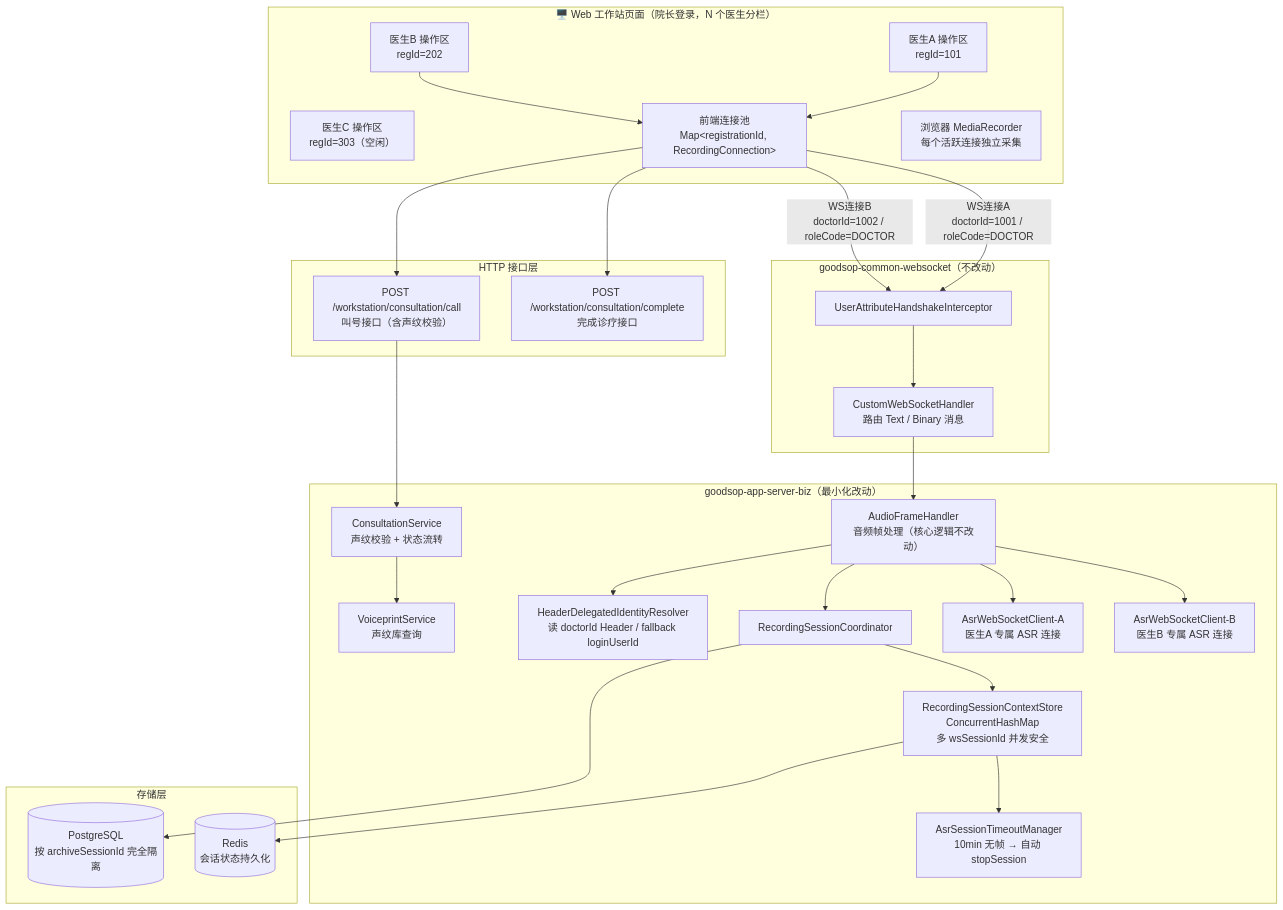
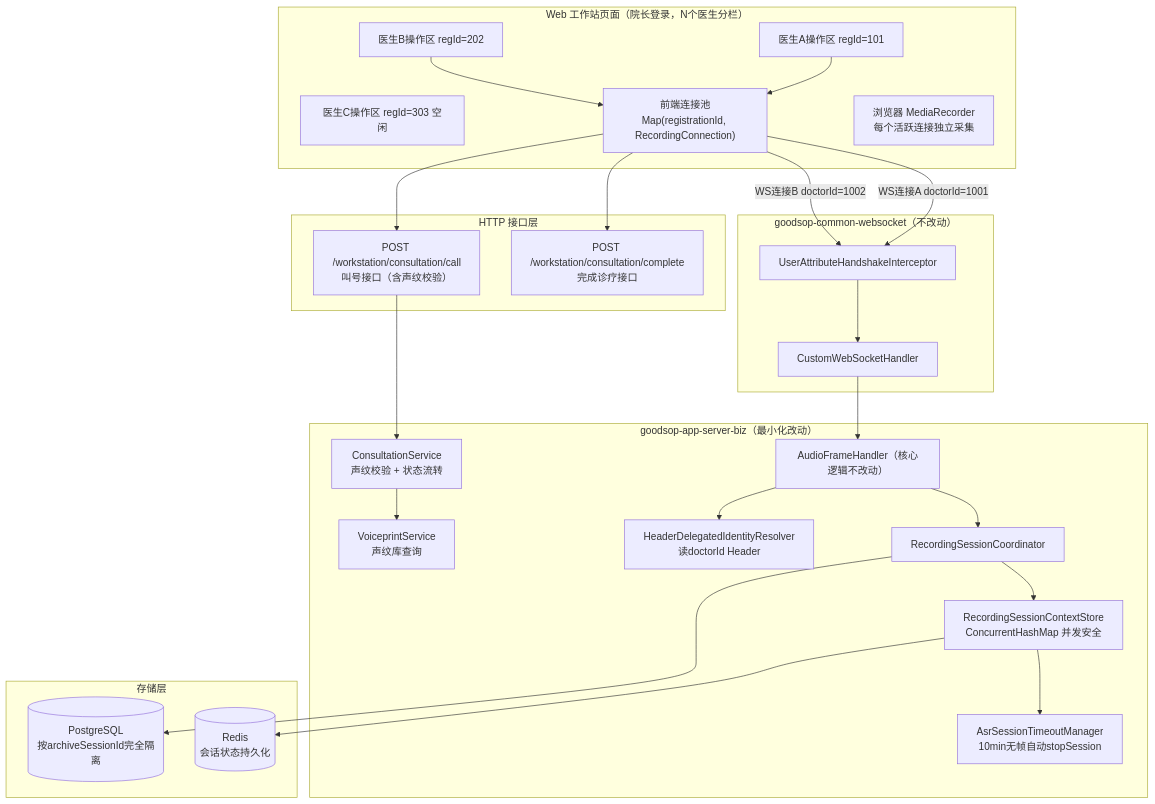
One commit to Gamehu/pictures-bed changed the first of 6 diagrams in uml/goodsop/v1.5-recording/web-recording.md. Above: the diagram before and after it, drawn with Mermaid. The commit also changed other lines of this file and 2 other files, not shown here.

First line of the commit message:
fix: 修复 Mermaid 架构图渲染问题

````diff
--- a/uml/goodsop/v1.5-recording/web-recording.md
+++ b/uml/goodsop/v1.5-recording/web-recording.md
@@ -10,57 +10,53 @@
 ```mermaid
 graph TD
-    subgraph WEB["🖥️ Web 工作站页面（院长登录，N 个医生分栏）"]
-        UI_A["医生A 操作区\nregId=101"]
-        UI_B["医生B 操作区\nregId=202"]
-        UI_C["医生C 操作区\nregId=303（空闲）"]
-        POOL["前端连接池\nMap&lt;registrationId, RecordingConnection&gt;"]
+    subgraph WEB["Web 工作站页面（院长登录，N个医生分栏）"]
+        UI_A["医生A操作区 regId=101"]
+        UI_B["医生B操作区 regId=202"]
+        UI_C["医生C操作区 regId=303 空闲"]
+        POOL["前端连接池\nMap(registrationId, RecordingConnection)"]
         MIC["浏览器 MediaRecorder\n每个活跃连接独立采集"]
     end
 
     subgraph HTTP["HTTP 接口层"]
         CALL_API["POST /workstation/consultation/call\n叫号接口（含声纹校验）"]
         DONE_API["POST /workstation/consultation/complete\n完成诊疗接口"]
     end
 
     subgraph GW["goodsop-common-websocket（不改动）"]
         Interceptor["UserAttributeHandshakeInterceptor"]
-        Handler["CustomWebSocketHandler\n路由 Text / Binary 消息"]
+        Handler["CustomWebSocketHandler"]
     end
 
     subgraph BIZ["goodsop-app-server-biz（最小化改动）"]
         ConsultSvc["ConsultationService\n声纹校验 + 状态流转"]
         VPSvc["VoiceprintService\n声纹库查询"]
-        AFH["AudioFrameHandler\n音频帧处理（核心逻辑不改动）"]
-        Resolver["HeaderDelegatedIdentityResolver\n读 doctorId Header / fallback loginUserId"]
+        AFH["AudioFrameHandler（核心逻辑不改动）"]
+        Resolver["HeaderDelegatedIdentityResolver\n读doctorId Header"]
         Coord["RecordingSessionCoordinator"]
-        Store["RecordingSessionContextStore\nConcurrentHashMap\n多 wsSessionId 并发安全"]
-        Timeout["AsrSessionTimeoutManager\n10min 无帧 → 自动 stopSession"]
-        ASR_A["AsrWebSocketClient-A\n医生A 专属 ASR 连接"]
-        ASR_B["AsrWebSocketClient-B\n医生B 专属 ASR 连接"]
+        Store["RecordingSessionContextStore\nConcurrentHashMap 并发安全"]
+        Timeout["AsrSessionTimeoutManager\n10min无帧自动stopSession"]
     end
 
     subgraph STORAGE["存储层"]
-        PG[("PostgreSQL\n按 archiveSessionId 完全隔离")]
+        PG[("PostgreSQL\n按archiveSessionId完全隔离")]
         REDIS[("Redis\n会话状态持久化")]
     end
 
     UI_A --> POOL
     UI_B --> POOL
     POOL --> CALL_API
     POOL --> DONE_API
+    CALL_API --> ConsultSvc
     ConsultSvc --> VPSvc
-    CALL_API --> ConsultSvc
 
-    POOL -- "WS连接A\ndoctorId=1001 / roleCode=DOCTOR" --> Interceptor
-    POOL -- "WS连接B\ndoctorId=1002 / roleCode=DOCTOR" --> Interceptor
+    POOL -- "WS连接A doctorId=1001" --> Interceptor
+    POOL -- "WS连接B doctorId=1002" --> Interceptor
     Interceptor --> Handler
     Handler --> AFH
     AFH --> Resolver
     AFH --> Coord
     Coord --> Store
     Store --> Timeout
-    AFH --> ASR_A
-    AFH --> ASR_B
     Coord --> PG
     Store --> REDIS
 ```
````
